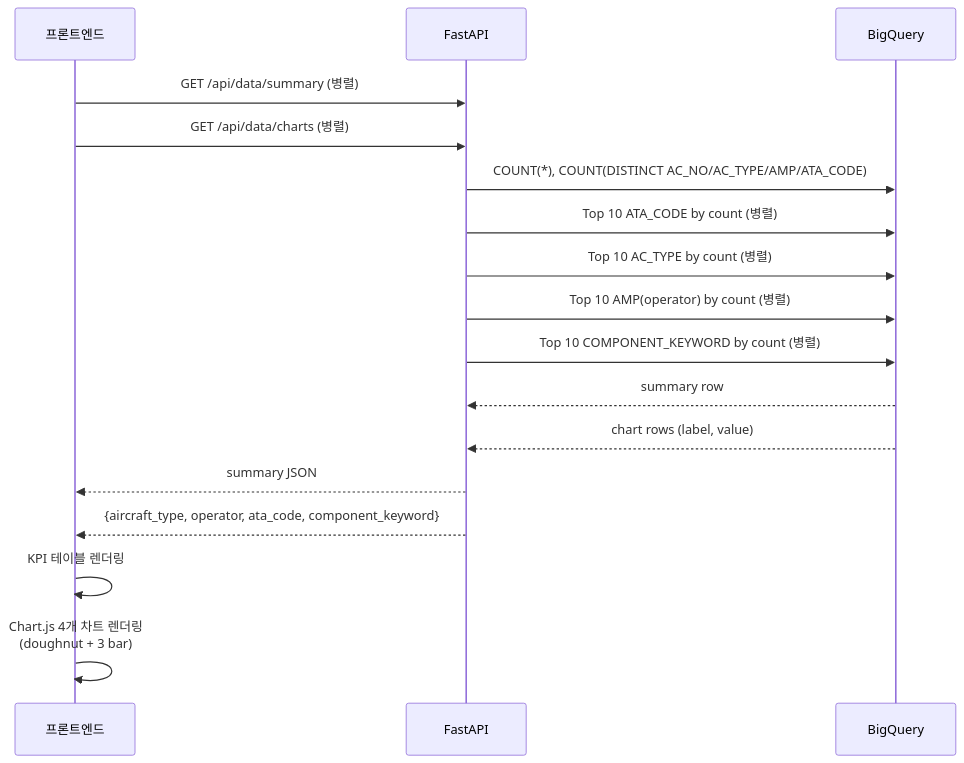
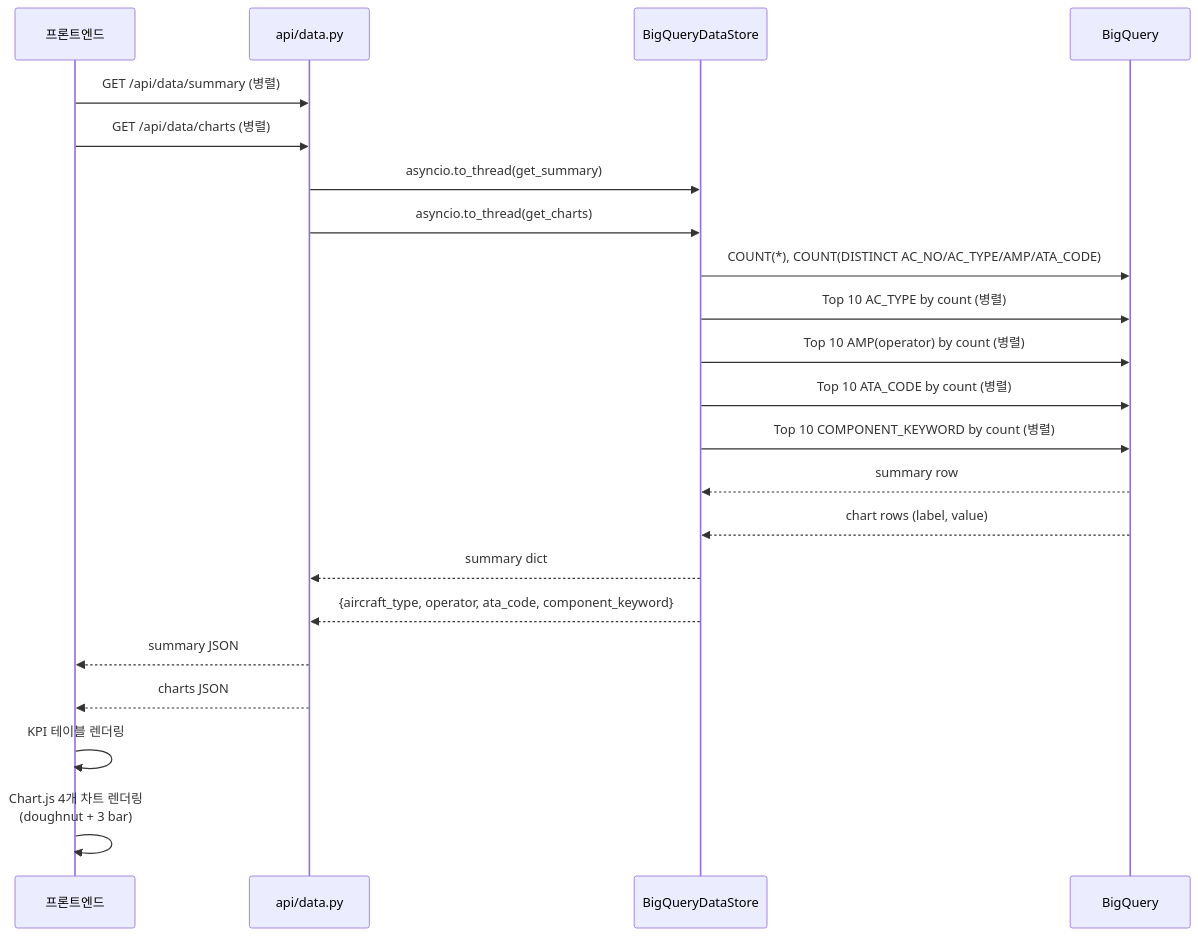
One commit to seoeunbae/aircraft-intelligence-dashboard changed the third of 5 diagrams in ARCHITECTURE.md. Above: the diagram before and after it, drawn with Mermaid. The commit also changed other lines of this file and 1 other file, not shown here.

Commit message:
docs : update architecture docs and guide to reflect layered architecture

````diff
--- a/ARCHITECTURE.md
+++ b/ARCHITECTURE.md
@@ -144,24 +157,31 @@
 ```mermaid
 sequenceDiagram
     participant FE as 프론트엔드
-    participant BE as FastAPI
+    participant BE as api/data.py
+    participant DS as BigQueryDataStore
     participant BQ as BigQuery
 
     FE->>BE: GET /api/data/summary (병렬)
     FE->>BE: GET /api/data/charts (병렬)
 
-    BE->>BQ: COUNT(*), COUNT(DISTINCT AC_NO/AC_TYPE/AMP/ATA_CODE)
-    BE->>BQ: Top 10 ATA_CODE by count (병렬)
-    BE->>BQ: Top 10 AC_TYPE by count (병렬)
-    BE->>BQ: Top 10 AMP(operator) by count (병렬)
-    BE->>BQ: Top 10 COMPONENT_KEYWORD by count (병렬)
+    BE->>DS: asyncio.to_thread(get_summary)
+    BE->>DS: asyncio.to_thread(get_charts)
 
-    BQ-->>BE: summary row
-    BQ-->>BE: chart rows (label, value)
+    DS->>BQ: COUNT(*), COUNT(DISTINCT AC_NO/AC_TYPE/AMP/ATA_CODE)
+    DS->>BQ: Top 10 AC_TYPE by count (병렬)
+    DS->>BQ: Top 10 AMP(operator) by count (병렬)
+    DS->>BQ: Top 10 ATA_CODE by count (병렬)
+    DS->>BQ: Top 10 COMPONENT_KEYWORD by count (병렬)
+
+    BQ-->>DS: summary row
+    BQ-->>DS: chart rows (label, value)
+
+    DS-->>BE: summary dict
+    DS-->>BE: {aircraft_type, operator, ata_code, component_keyword}
 
     BE-->>FE: summary JSON
-    BE-->>FE: {aircraft_type, operator, ata_code, component_keyword}
+    BE-->>FE: charts JSON
 
     FE->>FE: KPI 테이블 렌더링
     FE->>FE: Chart.js 4개 차트 렌더링<br/>(doughnut + 3 bar)
 ```
````
